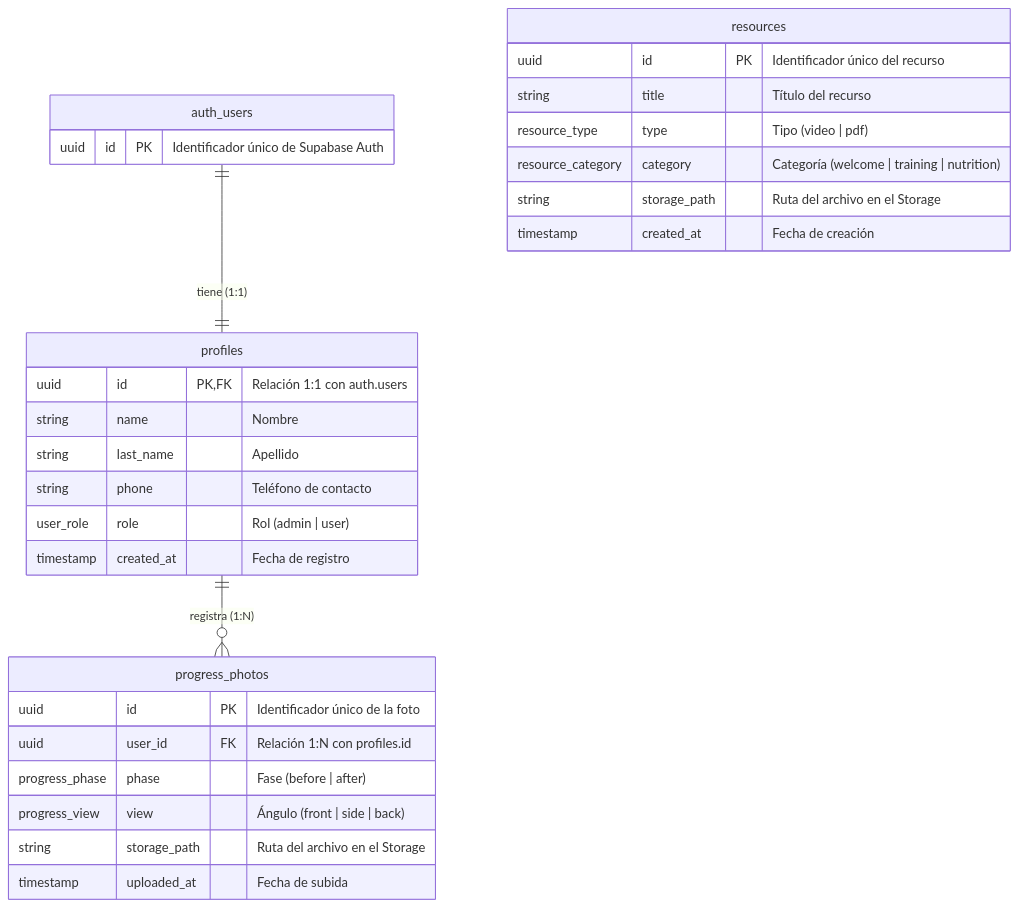
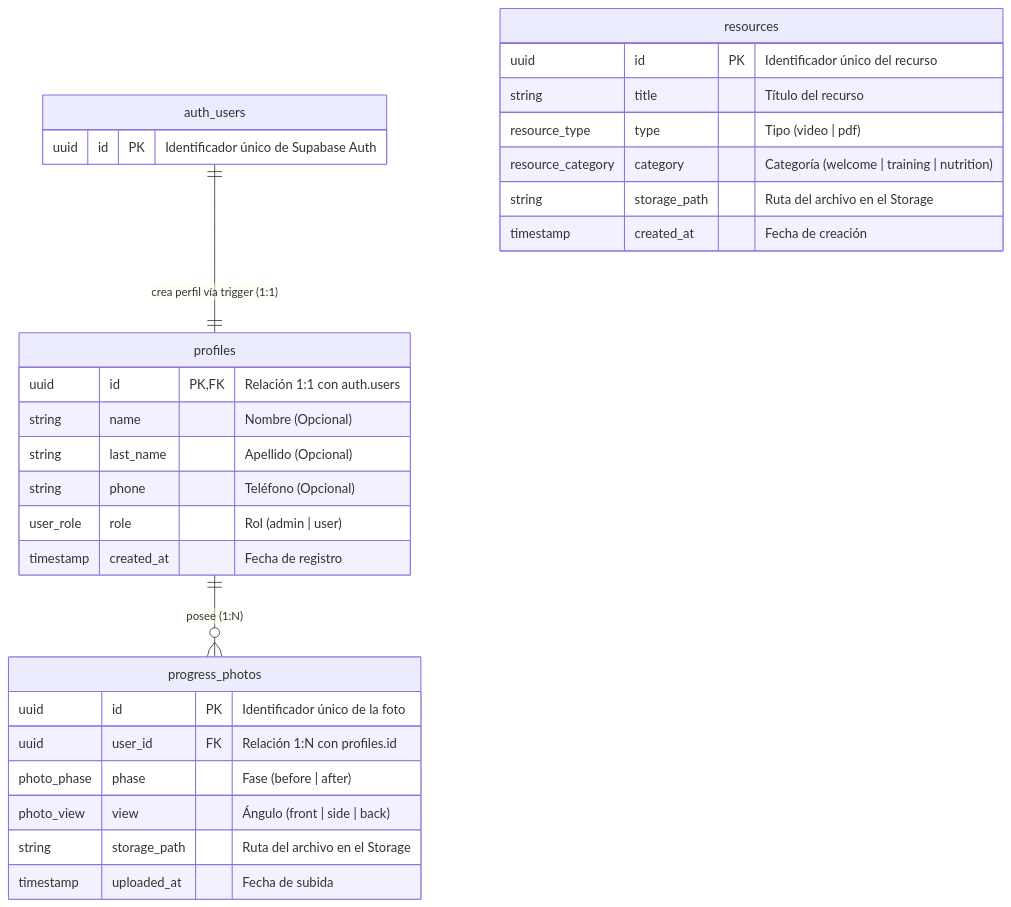
One commit to Thiagom05/top-shape changed the diagram in docs/database.md. Above: the diagram before and after it, drawn with Mermaid. The commit also changed other lines of this file and 39 other files, not shown here.

````diff
--- a/docs/database.md
+++ b/docs/database.md
@@ -10,33 +10,33 @@
 ```mermaid
 erDiagram
     auth_users {
         uuid id PK "Identificador único de Supabase Auth"
     }
     profiles {
         uuid id PK, FK "Relación 1:1 con auth.users"
-        string name "Nombre"
-        string last_name "Apellido"
-        string phone "Teléfono de contacto"
+        string name "Nombre (Opcional)"
+        string last_name "Apellido (Opcional)"
+        string phone "Teléfono (Opcional)"
         user_role role "Rol (admin | user)"
         timestamp created_at "Fecha de registro"
     }
     progress_photos {
         uuid id PK "Identificador único de la foto"
         uuid user_id FK "Relación 1:N con profiles.id"
-        progress_phase phase "Fase (before | after)"
-        progress_view view "Ángulo (front | side | back)"
+        photo_phase phase "Fase (before | after)"
+        photo_view view "Ángulo (front | side | back)"
         string storage_path "Ruta del archivo en el Storage"
         timestamp uploaded_at "Fecha de subida"
     }
     resources {
         uuid id PK "Identificador único del recurso"
         string title "Título del recurso"
         resource_type type "Tipo (video | pdf)"
         resource_category category "Categoría (welcome | training | nutrition)"
         string storage_path "Ruta del archivo en el Storage"
         timestamp created_at "Fecha de creación"
     }
 
-    auth_users ||--|| profiles : "tiene (1:1)"
-    profiles ||--o{ progress_photos : "registra (1:N)"
+    auth_users ||--|| profiles : "crea perfil vía trigger (1:1)"
+    profiles ||--o{ progress_photos : "posee (1:N)"
 ```
````
